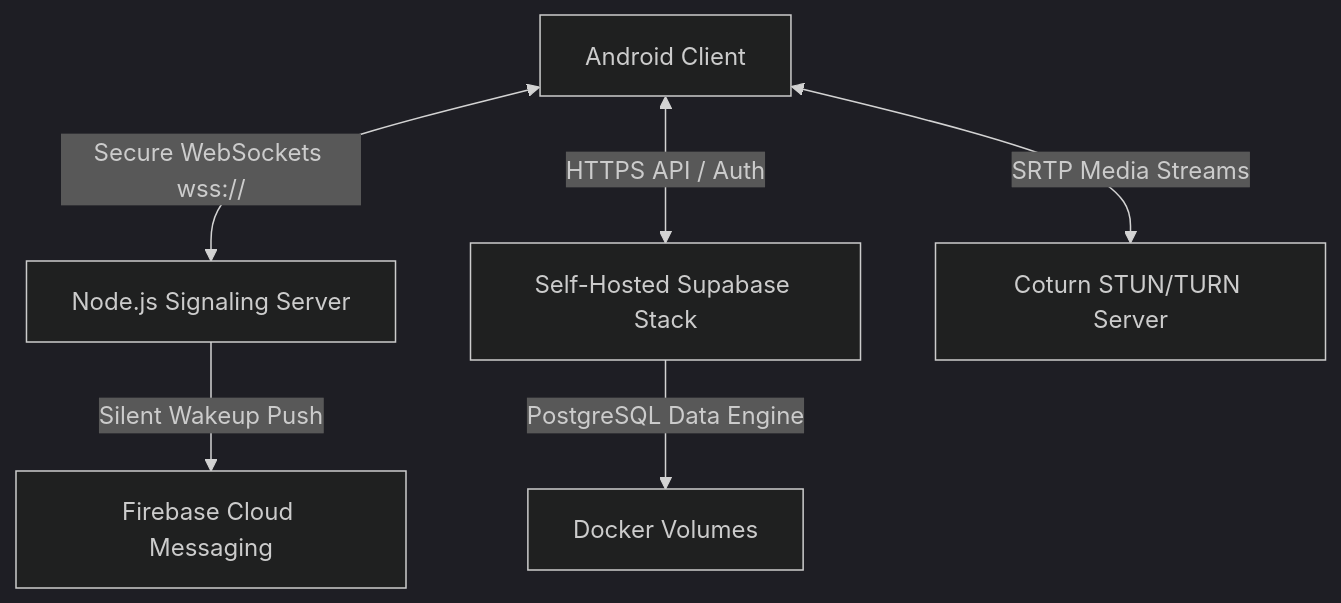
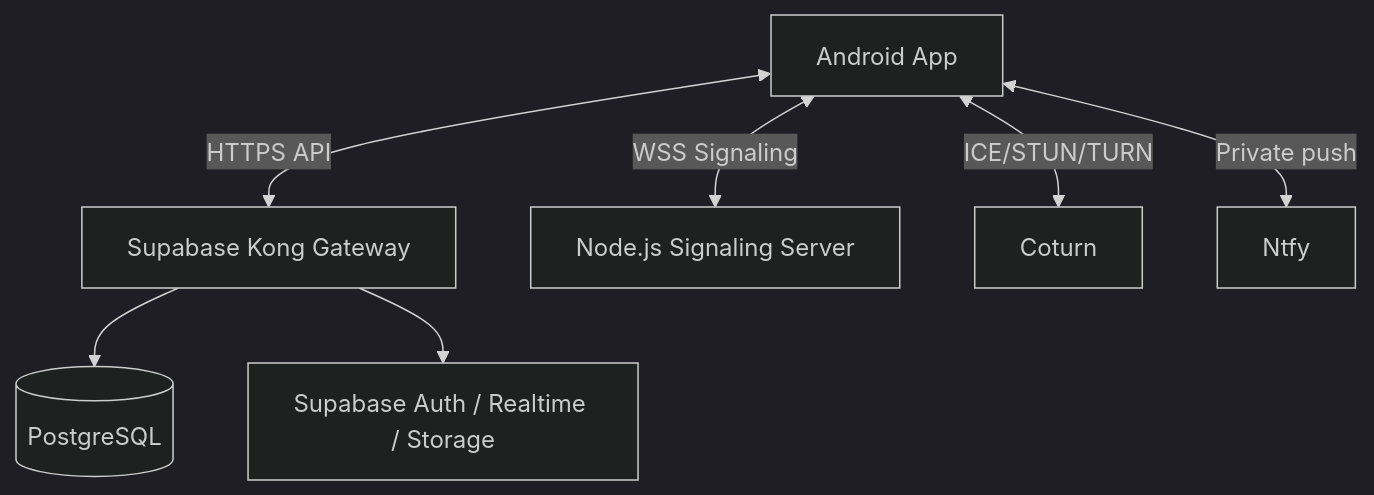
One commit to saifmukhtar/enclave changed the diagram in README.md. Above: the diagram before and after it, drawn with Mermaid (dark theme). The commit also changed other lines of this file and 6 other files, not shown here.

````diff
--- a/README.md
+++ b/README.md
@@ -87,8 +36,9 @@
 ```mermaid
 graph TD
-    A[Android Client] <-->|Secure WebSockets wss://| B[Node.js Signaling Server]
-    A <-->|HTTPS API / Auth| C[Self-Hosted Supabase Stack]
-    A <-->|SRTP Media Streams| D[Coturn STUN/TURN Server]
-    B -->|Silent Wakeup Push| E[Firebase Cloud Messaging]
-    C -->|PostgreSQL Data Engine| F[Docker Volumes]
+    A[Android App] <-->|HTTPS API| B[Supabase Kong Gateway]
+    A <-->|WSS Signaling| C[Node.js Signaling Server]
+    A <-->|ICE/STUN/TURN| D[Coturn]
+    B --> E[(PostgreSQL)]
+    B --> F[Supabase Auth / Realtime / Storage]
+    A <-->|Private push| G[Ntfy]
 ```
````
